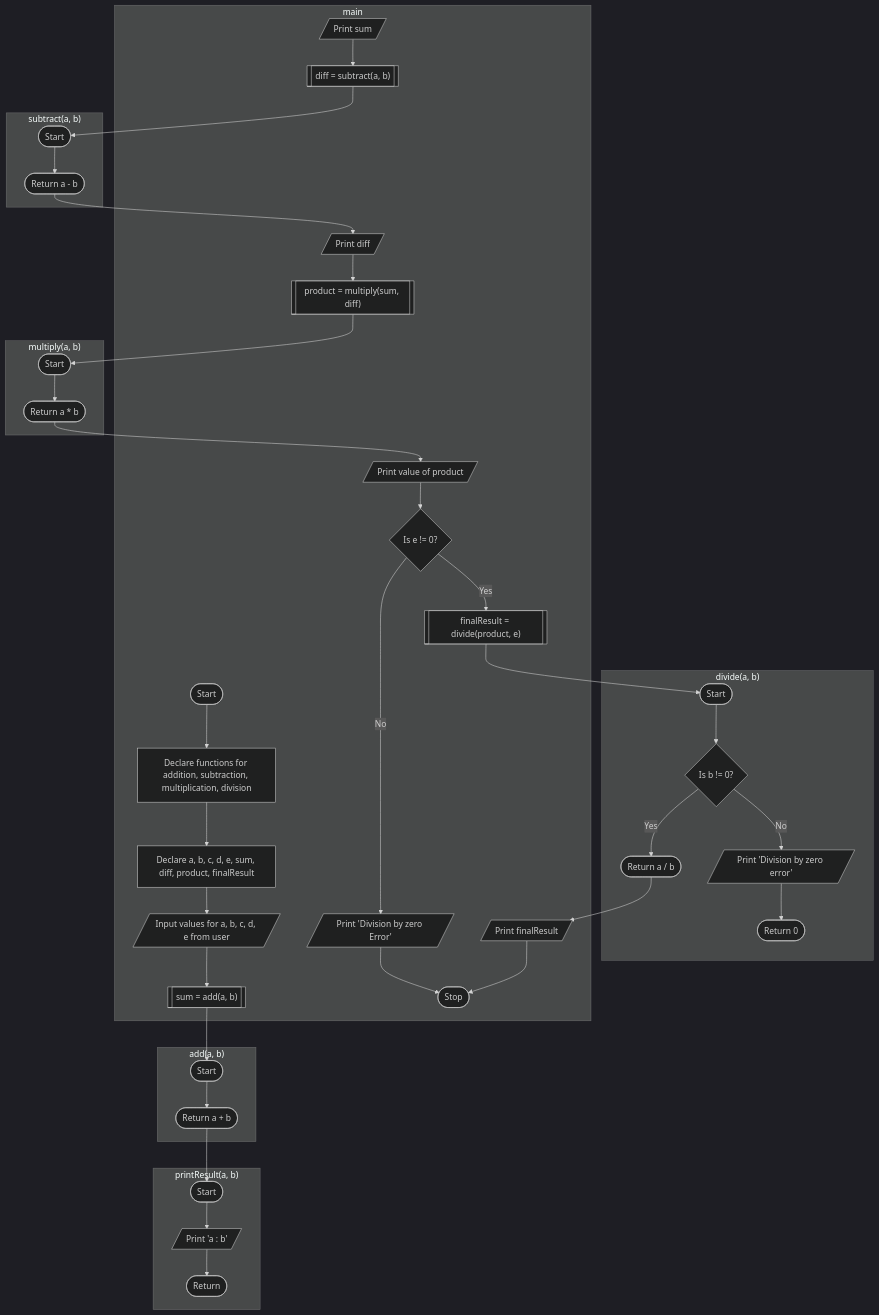
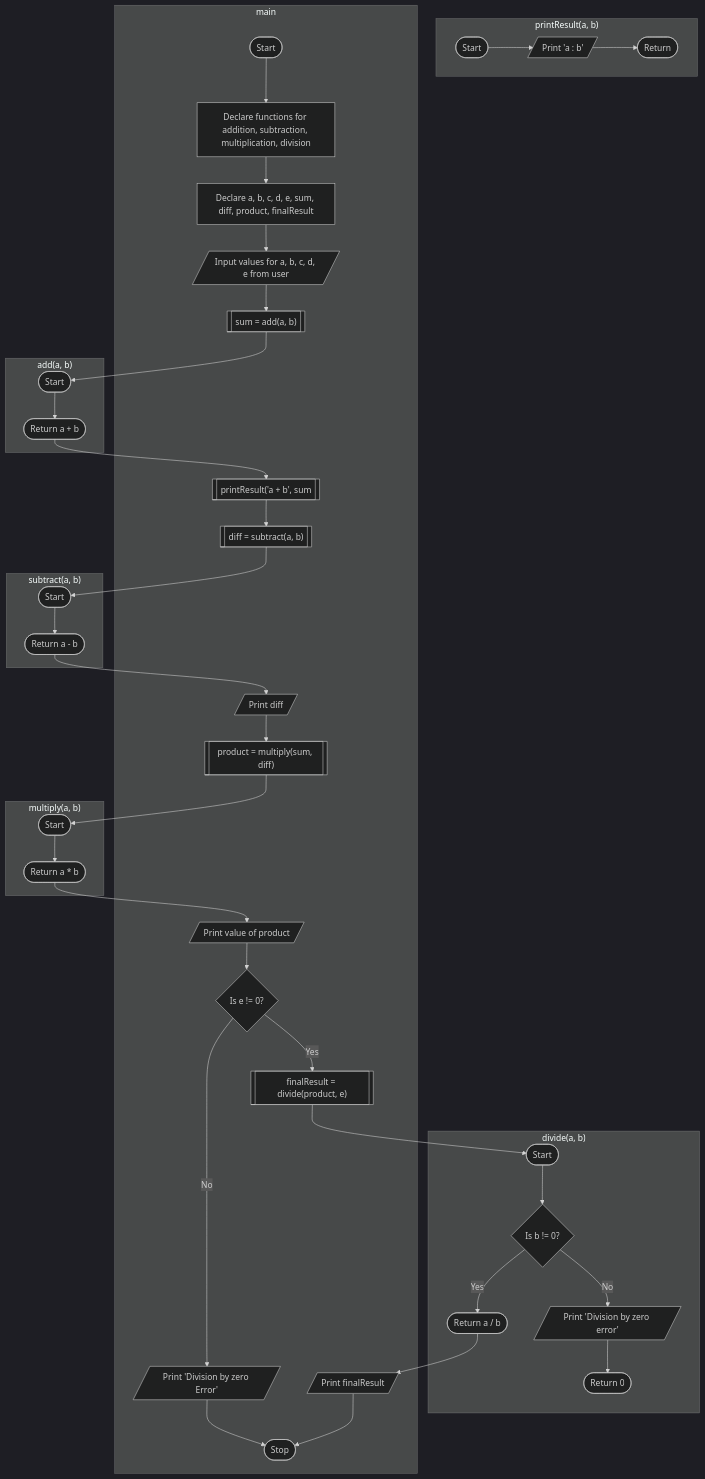
One commit to Vinit-source/Programming-for-problem-solving changed the diagram in PR/P7 - Functions.md. Above: the diagram before and after it, drawn with Mermaid (dark theme). The commit also changed other lines of this file, not shown here.

Commit message:
PR/P7 - Functions.md updated from https://stackedit.io/

````diff
--- a/PR/P7 - Functions.md
+++ b/PR/P7 - Functions.md
@@ -20,56 +20,56 @@
 ```mermaid
 graph TD;
 
 subgraph "add(a, b)" 
 	addStart([Start]);
 	B1([Return a + b]);
 	addStart --> B1;
 end
 subgraph "subtract(a, b)"
 	subStart([Start]);
 	B2([Return a - b]);
 	subStart --> B2;
 end
 subgraph "multiply(a, b)"
 	mulStart([Start]);
 	B3([Return a * b]);
 	mulStart --> B3;
 end
 subgraph "divide(a, b)"
 	divStart([Start]);
 	J{Is b != 0?};
     J -- Yes --> K([Return a / b]);
     J -- No --> M[/Print 'Division by zero error'/];
     divStart --> J;
     M --> MR([Return 0]);
 end
 subgraph "printResult(a, b)"
 	printStart([Start]);
 	P[/Print 'a : b'/];
 	R([Return]);
 	printStart --> P;
 	P --> R;
 end
 subgraph main
     A([Start]) --> B[Declare functions for addition, subtraction, multiplication, division];
     B --> BB[Declare a, b, c, d, e, sum, diff, product, finalResult];
     BB --> C[/Input values for a, b, c, d, e from user/];
 	C --> CB[["sum = add(a, b)"]];
 	CB --> addStart;
-	B1 --> printStart; 
-    E[/Print sum/];
+	B1 --> E 
+    E[["printResult('a + b', sum"]];
     E --> F[["diff = subtract(a, b)"]];
     F --> subStart;
     B2 --> G[/Print diff/];
     G --> H[["product = multiply(sum, diff)"]];
     H --> mulStart;
     B3 --> I[/Print value of product/];
     I --> DB0{Is e != 0?};
     DB0 -- Yes --> I1[["finalResult = divide(product, e)"]];
     I1 --> divStart;
     K --> L[/Print finalResult/];
     L --> N([Stop]);
     DB0 -- No --> N0[/"Print 'Division by zero Error'"/];
     N0 --> N
    end
 ```
````
